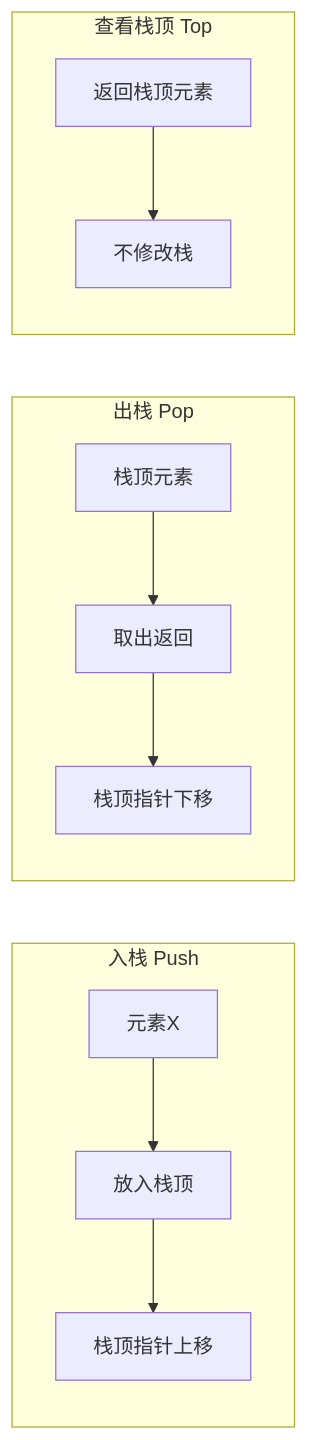
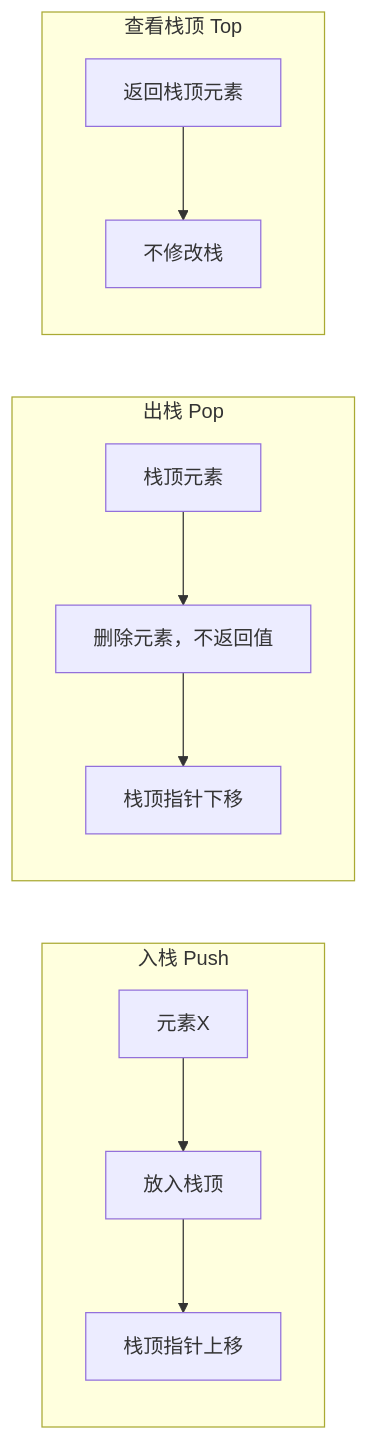
The second of 5 diagrams in week_03/day_15/README.md (mlbo/cpp_learning), drawn with Mermaid before and after one commit. The commit also changed other lines of this file and 675 other files, not shown here.

````diff
--- a/week_03/day_15/README.md
+++ b/week_03/day_15/README.md
@@ -66,16 +68,16 @@
 ```mermaid
 flowchart LR
     subgraph "入栈 Push"
     A1[元素X] --> B1[放入栈顶]
     B1 --> C1[栈顶指针上移]
     end
     
     subgraph "出栈 Pop"
-    A2[栈顶元素] --> B2[取出返回]
+    A2[栈顶元素] --> B2[删除元素，不返回值]
     B2 --> C2[栈顶指针下移]
     end
     
     subgraph "查看栈顶 Top"
     A3[返回栈顶元素] --> B3[不修改栈]
     end
 ```
````
